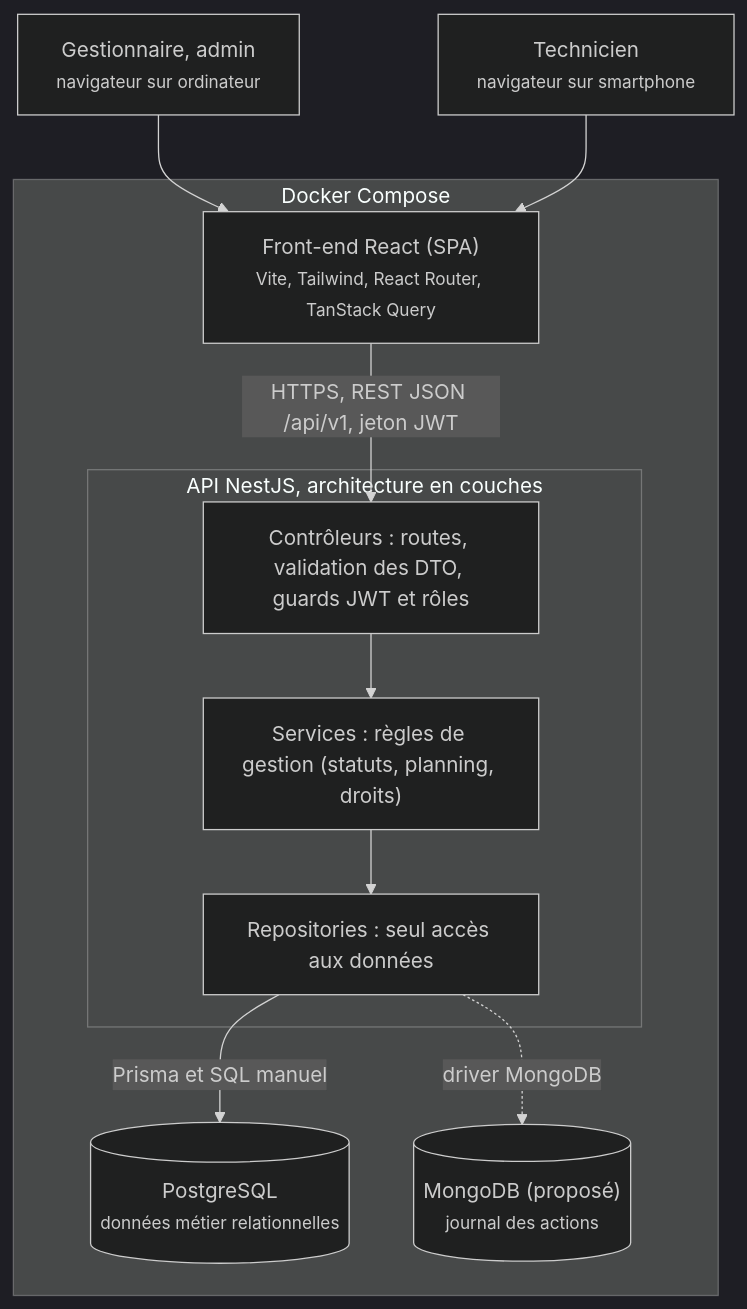
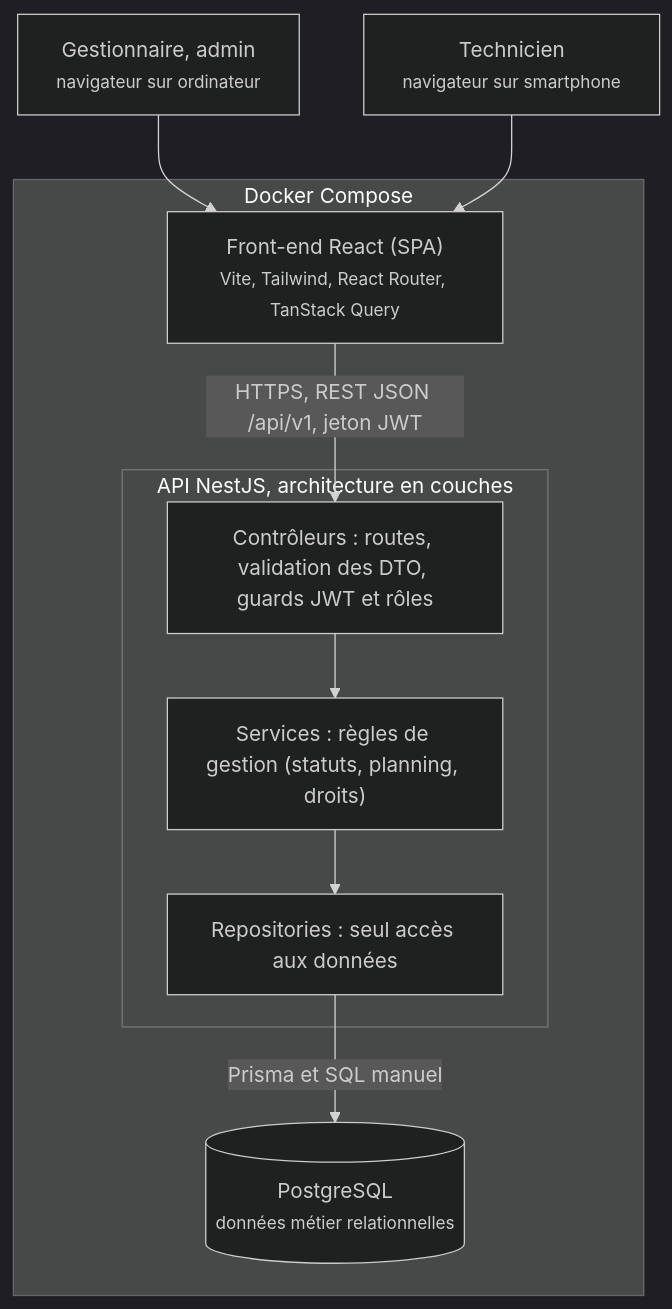
Before and after one commit to Falkor555/plumbly-msp2: the second of 2 diagrams in docs/cahier-des-charges.md, drawn with Mermaid (dark theme). The commit also changed other lines of this file and 14 other files, not shown here.

````diff
--- a/docs/cahier-des-charges.md
+++ b/docs/cahier-des-charges.md
@@ -338,24 +337,22 @@
 ```mermaid
 flowchart TB
     G["Gestionnaire, admin<br/><small>navigateur sur ordinateur</small>"]
     T["Technicien<br/><small>navigateur sur smartphone</small>"]
 
     subgraph DC["Docker Compose"]
         F["Front-end React (SPA)<br/><small>Vite, Tailwind, React Router, TanStack Query</small>"]
         subgraph API["API NestJS, architecture en couches"]
             C["Contrôleurs : routes, validation des DTO, guards JWT et rôles"]
             S["Services : règles de gestion (statuts, planning, droits)"]
             R["Repositories : seul accès aux données"]
             C --> S --> R
         end
         PG[("PostgreSQL<br/><small>données métier relationnelles</small>")]
-        MG[("MongoDB (proposé)<br/><small>journal des actions</small>")]
     end
 
 
     G --> F
     T --> F
     F -- "HTTPS, REST JSON /api/v1, jeton JWT" --> C
     R -- "Prisma et SQL manuel" --> PG
-    R -. "driver MongoDB" .-> MG
 ```
````
